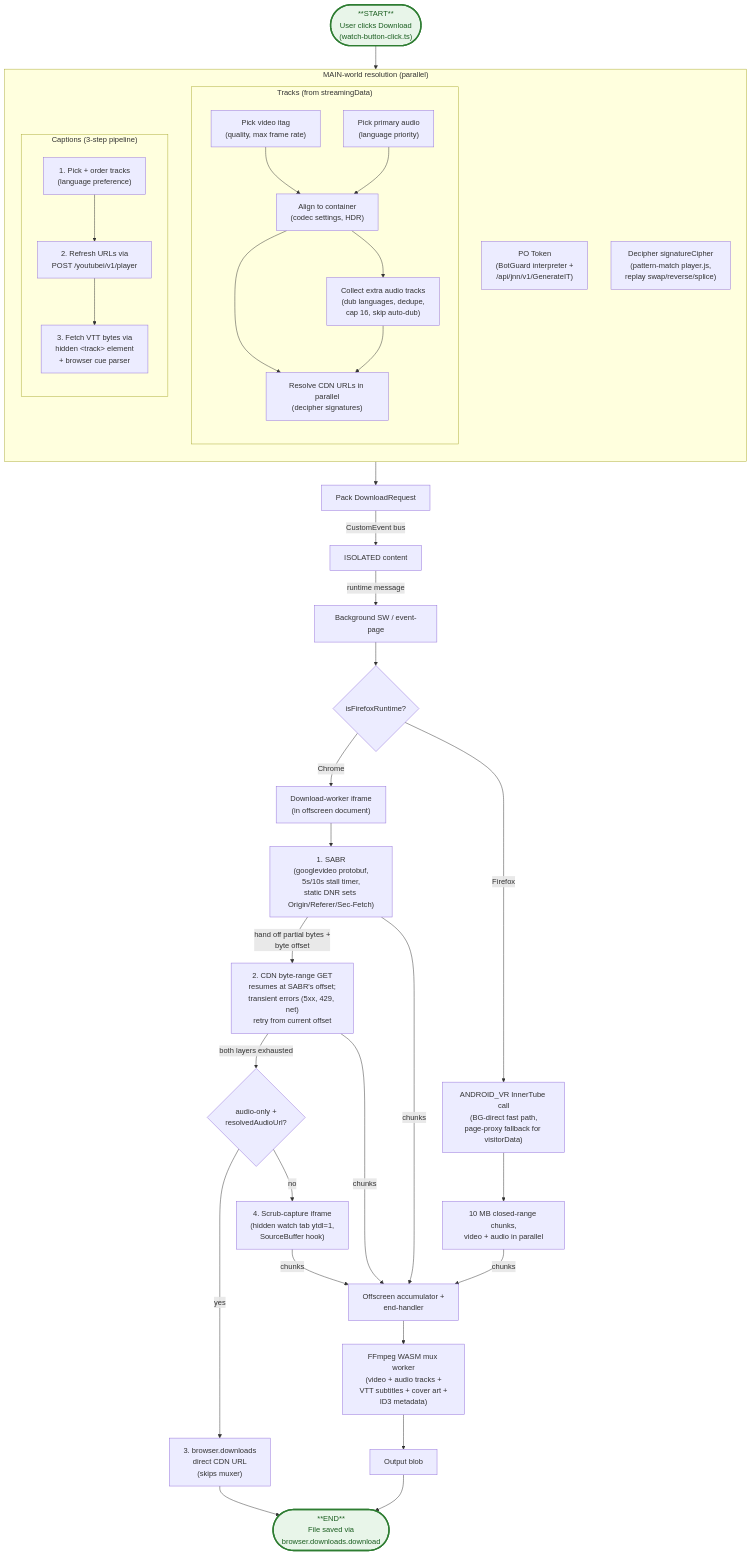
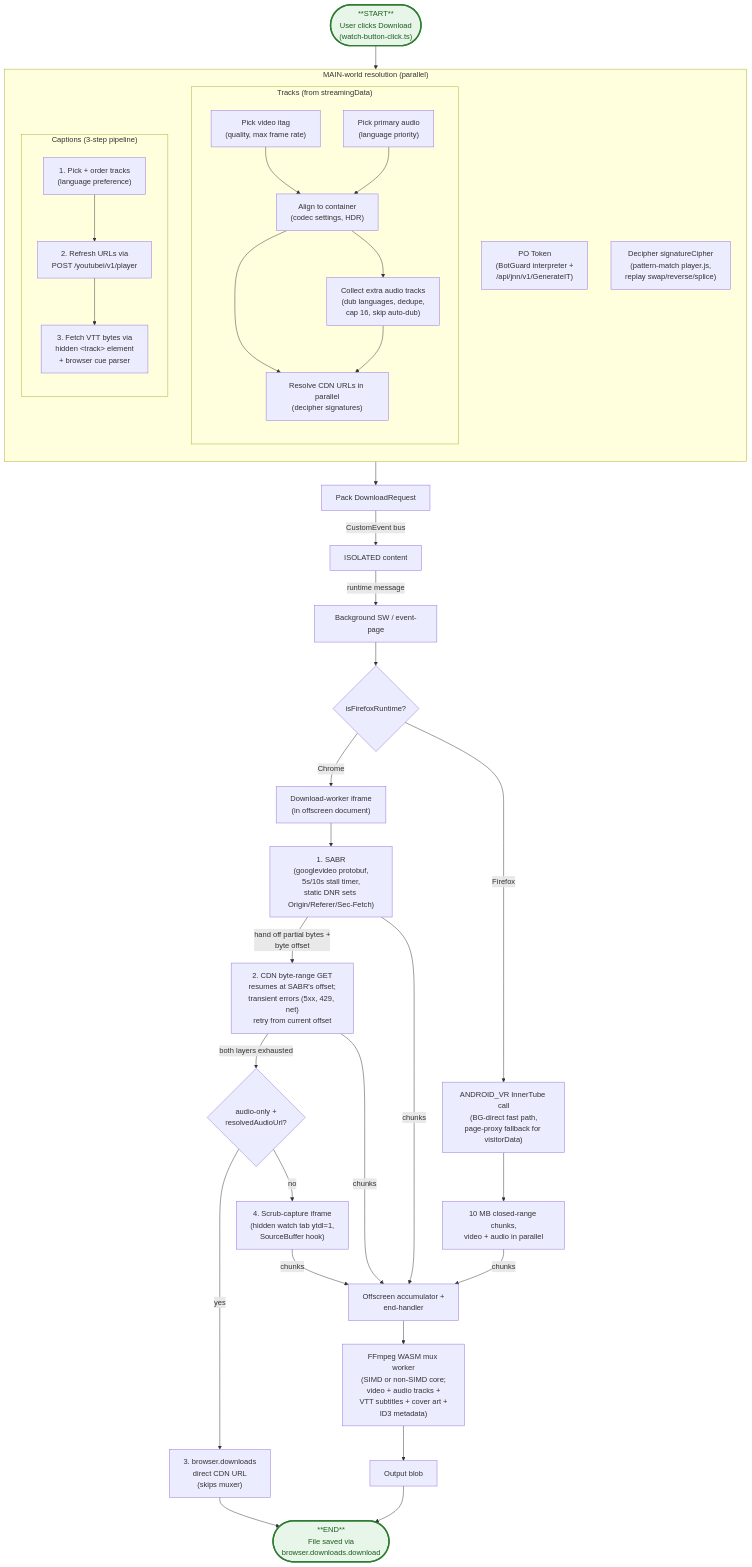
The first of 7 diagrams in ARCHITECTURE.md (avi12/youtube-downloader), drawn with Mermaid before and after one commit. The commit also changed other lines of this file, not shown here.

Commit message:
docs(architecture): document the SIMD/non-SIMD FFmpeg core choice

````diff
--- a/ARCHITECTURE.md
+++ b/ARCHITECTURE.md
@@ -9,60 +9,60 @@
 ```mermaid
 flowchart TB
     Click(["**START**<br/>User clicks Download<br/>(watch-button-click.ts)"])
 
     subgraph Resolve["MAIN-world resolution (parallel)"]
       direction TB
       PO["PO Token<br/>(BotGuard interpreter +<br/>/api/jnn/v1/GenerateIT)"]
       Sig["Decipher signatureCipher<br/>(pattern-match player.js,<br/>replay swap/reverse/splice)"]
       subgraph Tracks["Tracks (from streamingData)"]
         direction TB
         Itags["Pick video itag<br/>(quality, max frame rate)"]
         Aprimary["Pick primary audio<br/>(language priority)"]
         Align["Align to container<br/>(codec settings, HDR)"]
         Aextras["Collect extra audio tracks<br/>(dub languages, dedupe,<br/>cap 16, skip auto-dub)"]
         Aresolve["Resolve CDN URLs in parallel<br/>(decipher signatures)"]
         Itags --> Align
         Aprimary --> Align
         Align --> Aextras
         Align --> Aresolve
         Aextras --> Aresolve
       end
       subgraph CaptionsBox["Captions (3-step pipeline)"]
         direction TB
         Cpick["1. Pick + order tracks<br/>(language preference)"]
         Cfresh["2. Refresh URLs via<br/>POST /youtubei/v1/player"]
         Cvtt["3. Fetch VTT bytes via<br/>hidden &lt;track&gt; element<br/>+ browser cue parser"]
         Cpick --> Cfresh --> Cvtt
       end
     end
 
     Click --> Resolve
     Resolve --> Pack["Pack DownloadRequest"]
     Pack -->|"CustomEvent bus"| Iso["ISOLATED content"]
     Iso -->|"runtime message"| SW["Background SW / event-page"]
 
     SW --> Branch{"isFirefoxRuntime?"}
     Branch -->|"Chrome"| Worker["Download-worker iframe<br/>(in offscreen document)"]
     Branch -->|"Firefox"| FF["ANDROID_VR InnerTube call<br/>(BG-direct fast path,<br/>page-proxy fallback for visitorData)"]
 
     Worker --> SABR["1. SABR<br/>(googlevideo protobuf,<br/>5s/10s stall timer,<br/>static DNR sets Origin/Referer/Sec-Fetch)"]
     SABR -->|"hand off partial bytes +<br/>byte offset"| CDN["2. CDN byte-range GET<br/>resumes at SABR's offset;<br/>transient errors (5xx, 429, net)<br/>retry from current offset"]
     CDN -->|"both layers exhausted"| FB{"audio-only +<br/>resolvedAudioUrl?"}
     FB -->|"yes"| Direct["3. browser.downloads<br/>direct CDN URL<br/>(skips muxer)"]
     FB -->|"no"| Scrub["4. Scrub-capture iframe<br/>(hidden watch tab ytdl=1,<br/>SourceBuffer hook)"]
 
     FF --> FFchunk["10 MB closed-range chunks,<br/>video + audio in parallel"]
 
     SABR -->|"chunks"| Acc["Offscreen accumulator +<br/>end-handler"]
     CDN -->|"chunks"| Acc
     Scrub -->|"chunks"| Acc
     FFchunk -->|"chunks"| Acc
 
-    Acc --> Mux["FFmpeg WASM mux worker<br/>(video + audio tracks +<br/>VTT subtitles + cover art +<br/>ID3 metadata)"]
+    Acc --> Mux["FFmpeg WASM mux worker<br/>(SIMD or non-SIMD core;<br/>video + audio tracks +<br/>VTT subtitles + cover art +<br/>ID3 metadata)"]
     Mux --> Blob["Output blob"]
     Blob --> DL(["**END**<br/>File saved via<br/>browser.downloads.download"])
     Direct --> DL
 
     classDef startEnd fill:#e8f5e9,stroke:#2e7d32,stroke-width:3px,color:#1b5e20
     class Click,DL startEnd
 ```
````
